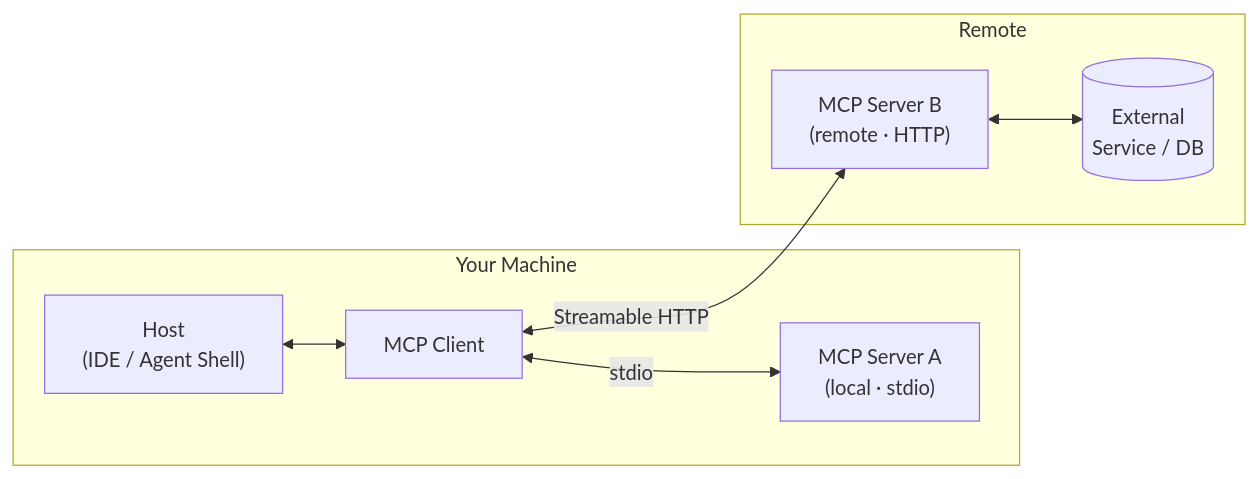
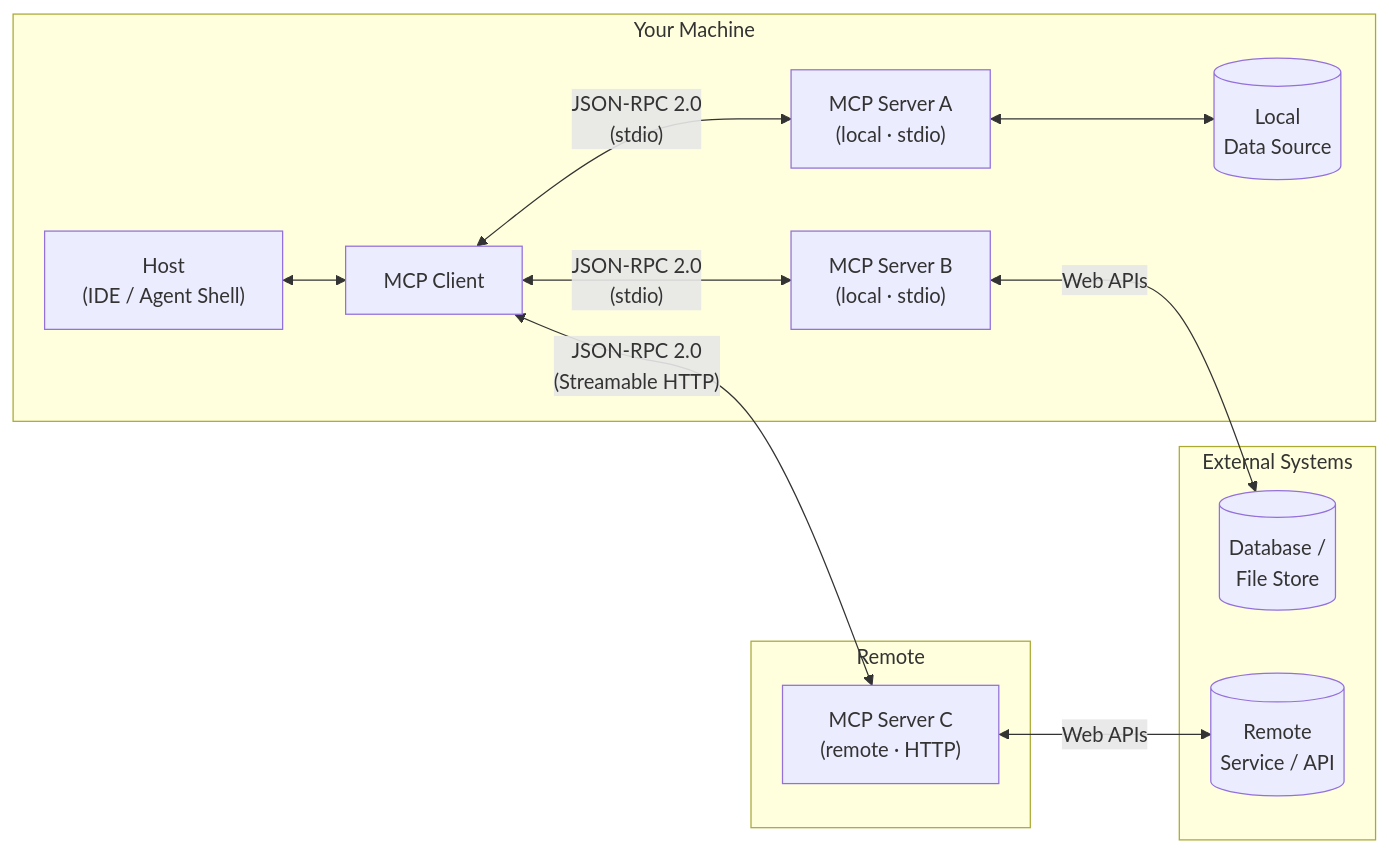
Before and after one commit to L-C-P/mcp-talk-dotnet-demo: the diagram in Slides/04-architecture.md, drawn with Mermaid. The commit also changed 74 other files, not shown here.

````diff
--- a/Slides/04-architecture.md
+++ b/Slides/04-architecture.md
@@ -17,16 +17,24 @@
 ```mermaid
 flowchart LR
-    subgraph Machine["Your Machine"]
+    subgraph YC["Your Machine"]
         H["Host<br/>(IDE / Agent Shell)"]
         C["MCP Client"]
         S1["MCP Server A<br/>(local · stdio)"]
+        S2["MCP Server B<br/>(local · stdio)"]
+        DS1[("Local<br/>Data Source")]
         H <--> C
-        C <-->|"stdio"| S1
+        C <-->|"JSON-RPC 2.0<br/>(stdio)"| S1
+        C <-->|"JSON-RPC 2.0<br/>(stdio)"| S2
+        S1 <--> DS1
     end
     subgraph Remote["Remote"]
-        S2["MCP Server B<br/>(remote · HTTP)"]
-        EXT[("External<br/>Service / DB")]
-        S2 <--> EXT
+        RS["MCP Server C<br/>(remote · HTTP)"]
     end
-    C <-->|"Streamable HTTP"| S2
+    subgraph Internet["External Systems"]
+        DS2[("Database /<br/>File Store")]
+        RSVC[("Remote<br/>Service / API")]
+    end
+    S2 <-->|"Web APIs"| DS2
+    C <-->|"JSON-RPC 2.0<br/>(Streamable HTTP)"| RS
+    RS <-->|"Web APIs"| RSVC
 ```
````
